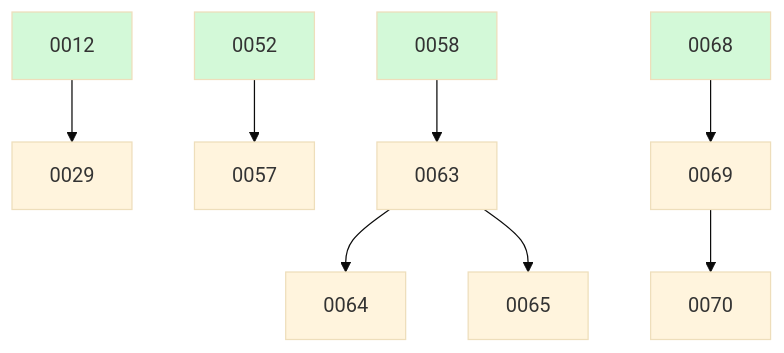
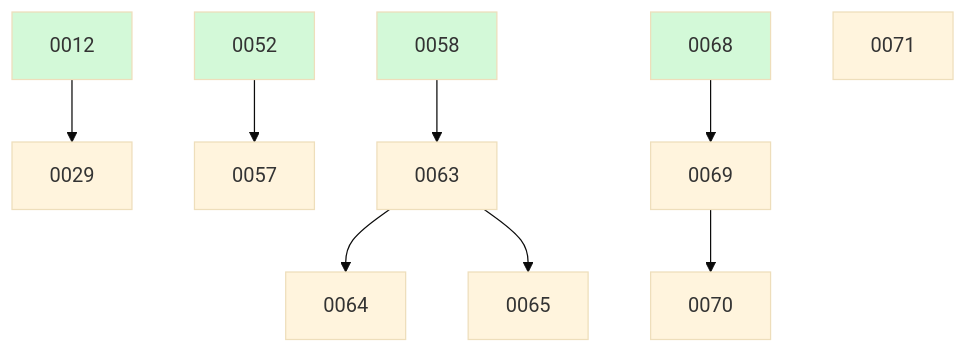
Before and after one commit to ethanhinson/fuse: the diagram in docs/changes/BOARD.md, drawn with Mermaid (base theme). The commit also changed other lines of this file, not shown here.

````diff
--- a/docs/changes/BOARD.md
+++ b/docs/changes/BOARD.md
@@ -22,15 +23,16 @@
 ```mermaid
 graph TD
   0012 --> 0029
   0052 --> 0057
   0058 --> 0063
   0063 --> 0064
   0063 --> 0065
   0068 --> 0069
   0069 --> 0070
+  0071
   0012:::done
   0052:::done
   0058:::done
   0068:::done
   classDef done fill:#d3f9d8;
 ```
````
